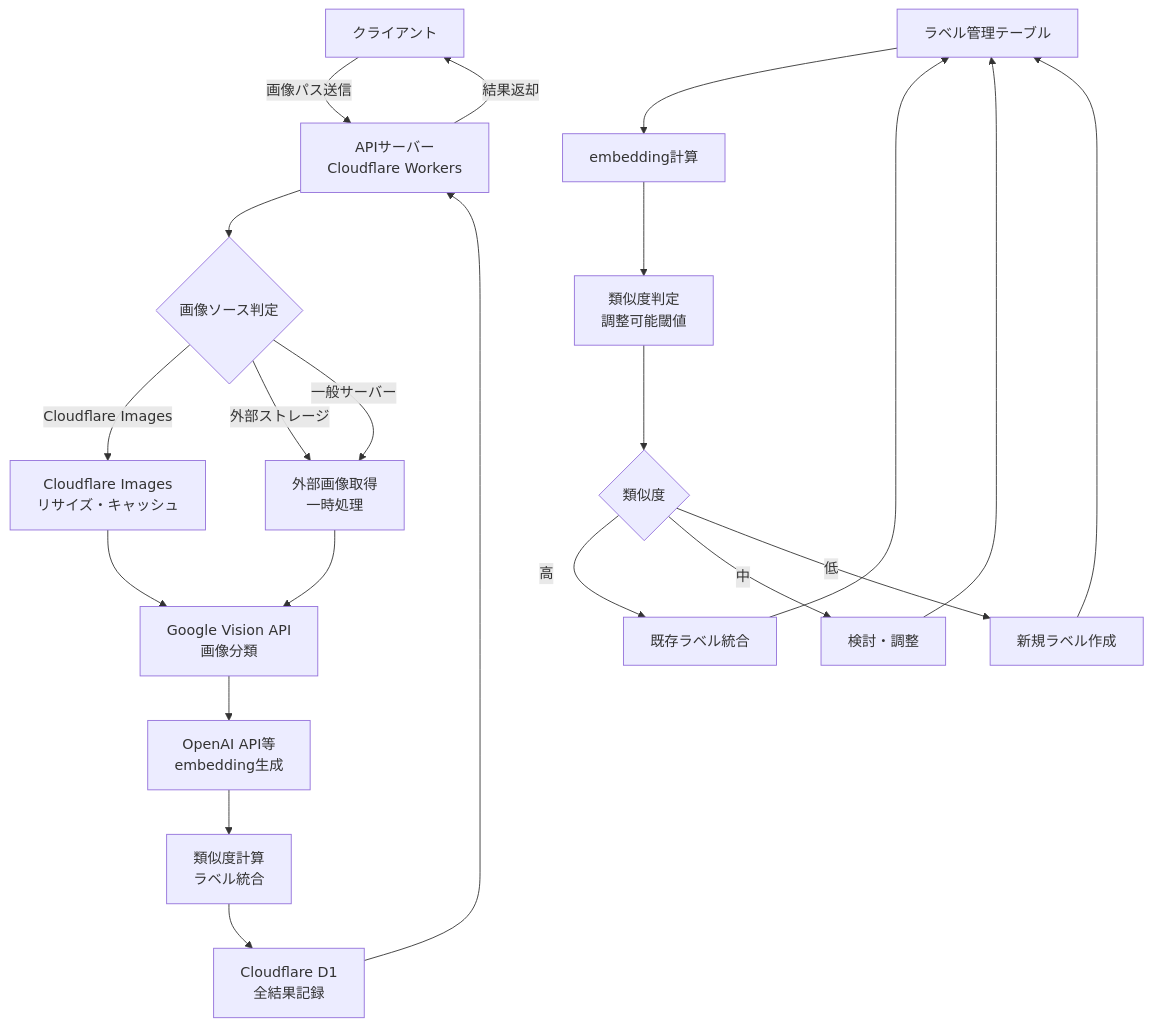
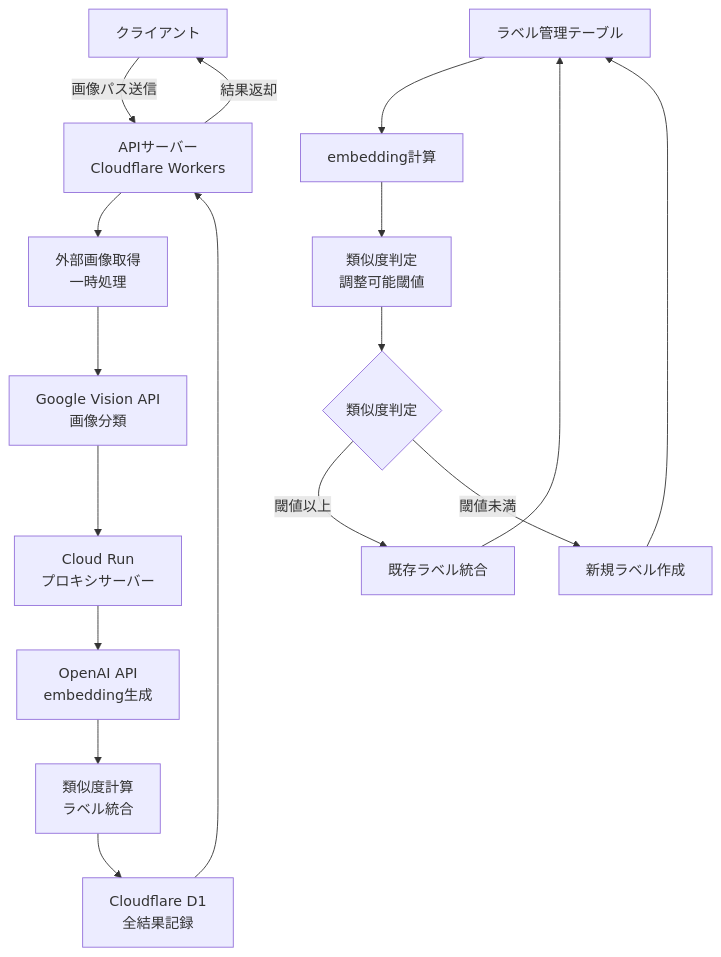
The diagram in README.md (shidari/invox-tech-assignment), drawn with Mermaid before and after one commit. The commit also changed other lines of this file, not shown here.

````diff
--- a/README.md
+++ b/README.md
@@ -34,25 +35,20 @@
 ```mermaid
 graph TD
     A[クライアント] -->|画像パス送信| B[APIサーバー<br/>Cloudflare Workers]
-    B --> C{画像ソース判定}
-    C -->|Cloudflare Images| D[Cloudflare Images<br/>リサイズ・キャッシュ]
-    C -->|外部ストレージ| E[外部画像取得<br/>一時処理]
-    C -->|一般サーバー| E
-    D --> F[Google Vision API<br/>画像分類]
-    E --> F
-    F --> G[OpenAI API等<br/>embedding生成]
-    G --> H[類似度計算<br/>ラベル統合]
-    H --> I[Cloudflare D1<br/>全結果記録]
-    I --> B
+    B --> C[外部画像取得<br/>一時処理]
+    C --> D[Google Vision API<br/>画像分類]
+    D --> E[Cloud Run<br/>プロキシサーバー]
+    E --> F[OpenAI API<br/>embedding生成]
+    F --> G[類似度計算<br/>ラベル統合]
+    G --> H[Cloudflare D1<br/>全結果記録]
+    H --> B
     B -->|結果返却| A
     
-    J[ラベル管理テーブル] --> K[embedding計算]
-    K --> L[類似度判定<br/>調整可能閾値]
-    L --> M{類似度}
-    M -->|高| N[既存ラベル統合]
-    M -->|中| O[検討・調整]
-    M -->|低| P[新規ラベル作成]
-    N --> J
-    O --> J
-    P --> J
+    I[ラベル管理テーブル] --> J[embedding計算]
+    J --> K[類似度判定<br/>調整可能閾値]
+    K --> L{類似度判定}
+    L -->|閾値以上| M[既存ラベル統合]
+    L -->|閾値未満| N[新規ラベル作成]
+    M --> I
+    N --> I
 ```
````
